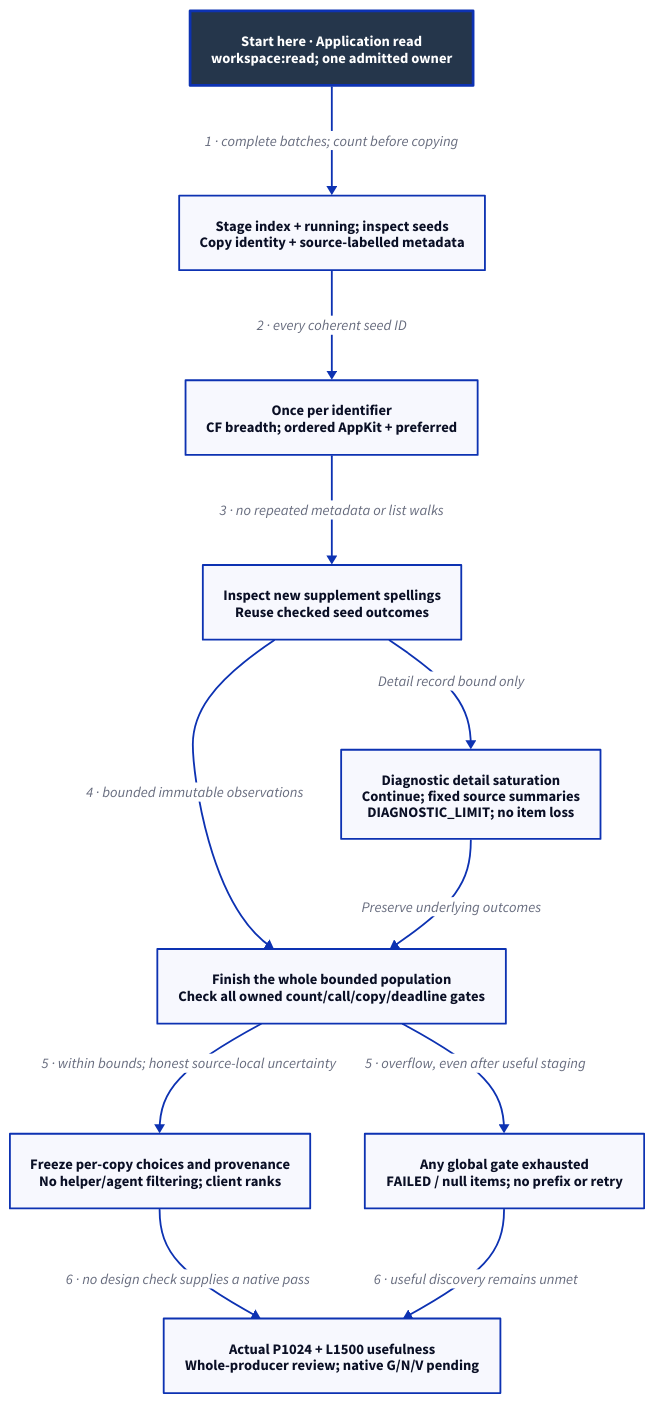
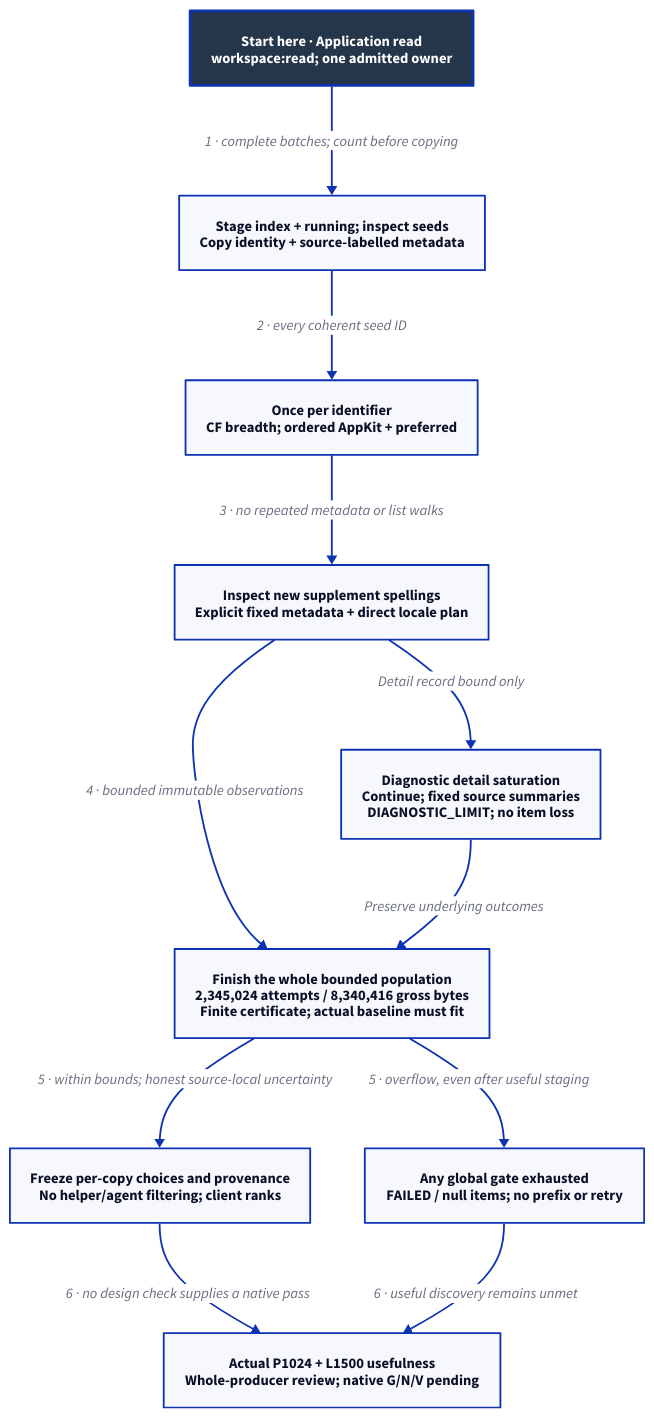
Before and after one commit to Linkuistics/Koine: the diagram in docs/design/architecture/native-application-population.d2, drawn with D2. The commit also changed 115 other files, not shown here.

Commit message:
Design explicit localized application metadata reads (application-localized-metadata-k212)

```diff
--- a/docs/design/architecture/native-application-population.d2
+++ b/docs/design/architecture/native-application-population.d2
@@ -1,24 +1,24 @@
 # Application component/activity view; proposed, no native qualification.
 direction: down
 classes: {
   start: {style: {fill: "#25364B"; font-color: "#FFFFFF"; bold: true; stroke-width: 3}}
 }
 Start: "Start here · Application read\nworkspace:read; one admitted owner" {class: start}
 Sources: "Stage index + running; inspect seeds\nCopy identity + source-labelled metadata"
 Registration: "Once per identifier\nCF breadth; ordered AppKit + preferred"
-Inspect: "Inspect new supplement spellings\nReuse checked seed outcomes"
-Finish: "Finish the whole bounded population\nCheck all owned count/call/copy/deadline gates"
+Inspect: "Inspect new supplement spellings\nExplicit fixed metadata + direct locale plan"
+Finish: "Finish the whole bounded population\n2,345,024 attempts / 8,340,416 gross bytes\nFinite certificate; actual baseline must fit"
 Failure: "Any global gate exhausted\nFAILED / null items; no prefix or retry"
 Diagnostic: "Diagnostic detail saturation\nContinue; fixed source summaries\nDIAGNOSTIC_LIMIT; no item loss"
 Publish: "Freeze per-copy choices and provenance\nNo helper/agent filtering; client ranks"
 Qualification: "Actual P1024 + L1500 usefulness\nWhole-producer review; native G/N/V pending"
 Start -> Sources: "1 · complete batches; count before copying"
 Sources -> Registration: "2 · every coherent seed ID"
 Registration -> Inspect: "3 · no repeated metadata or list walks"
 Inspect -> Finish: "4 · bounded immutable observations"
 Finish -> Failure: "5 · overflow, even after useful staging"
 Finish -> Publish: "5 · within bounds; honest source-local uncertainty"
 Inspect -> Diagnostic: "Detail record bound only"
 Diagnostic -> Finish: "Preserve underlying outcomes"
 Publish -> Qualification: "6 · no design check supplies a native pass"
 Failure -> Qualification: "6 · useful discovery remains unmet"
```
